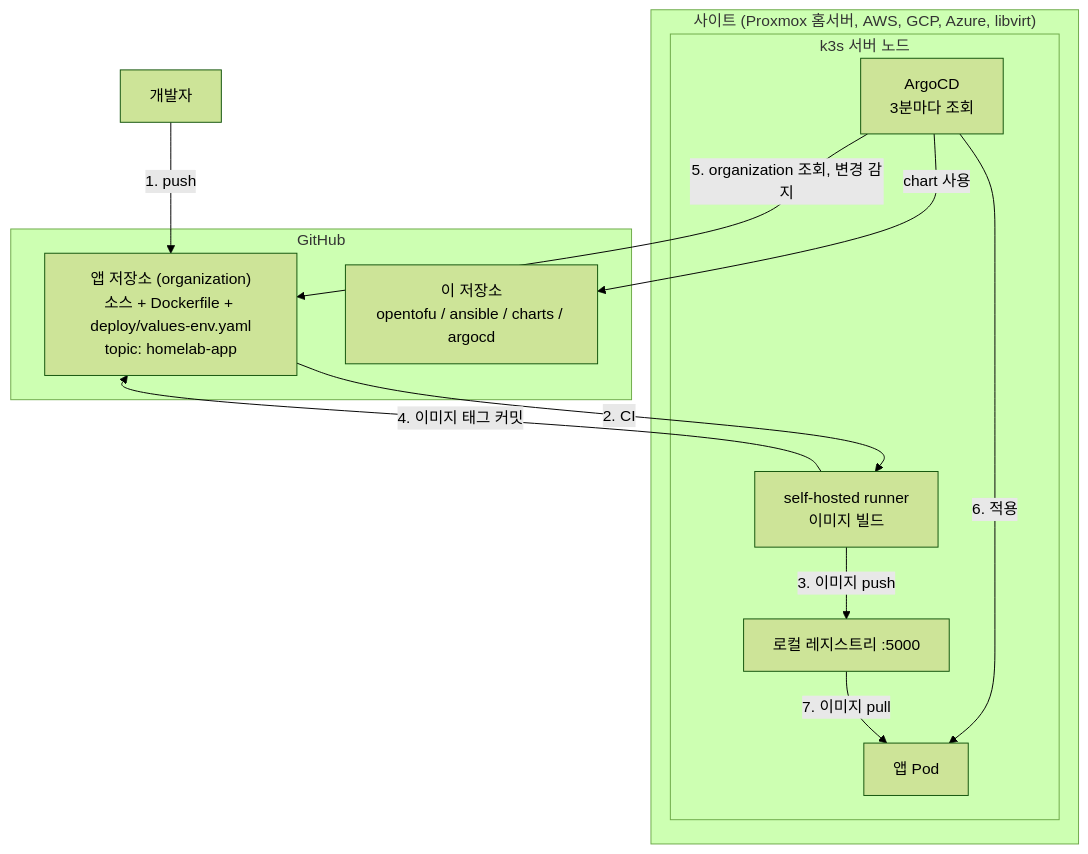
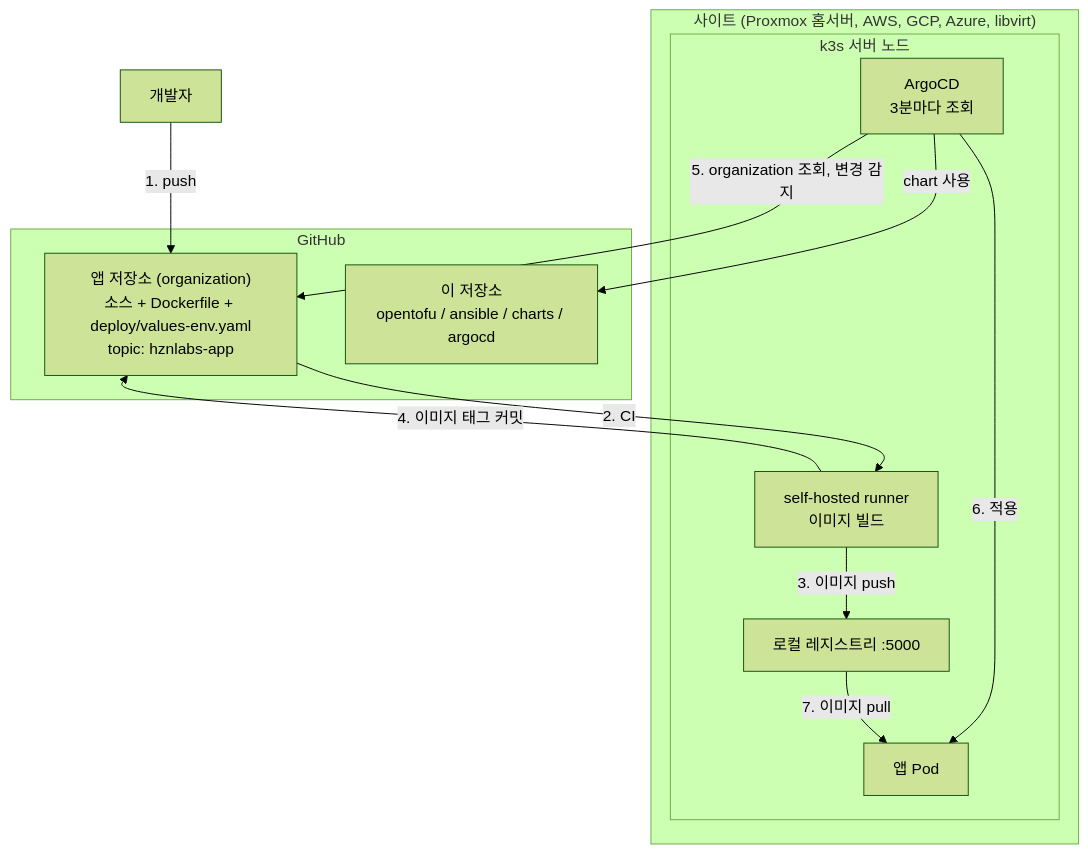
Before and after one commit to gjwnssud/iac-multicloud: the diagram in README.md, drawn with Mermaid (forest theme). The commit also changed other lines of this file and 13 other files, not shown here.

First line of the commit message:
chore: 앱 저장소 topic을 homelab-app에서 hznlabs-app으로 변경, 러너 PAT 권한 표기 수정

````diff
--- a/README.md
+++ b/README.md
@@ -15,24 +15,24 @@
 ```mermaid
 flowchart TB
   dev["개발자"]
   subgraph GH["GitHub"]
-    appRepo["앱 저장소 (organization)<br/>소스 + Dockerfile + deploy/values-env.yaml<br/>topic: homelab-app"]
+    appRepo["앱 저장소 (organization)<br/>소스 + Dockerfile + deploy/values-env.yaml<br/>topic: hznlabs-app"]
     infra["이 저장소<br/>opentofu / ansible / charts / argocd"]
   end
   subgraph SITE["사이트 (Proxmox 홈서버, AWS, GCP, Azure, libvirt)"]
     subgraph NODE["k3s 서버 노드"]
       runner["self-hosted runner<br/>이미지 빌드"]
       registry["로컬 레지스트리 :5000"]
       argocd["ArgoCD<br/>3분마다 조회"]
       pods["앱 Pod"]
     end
   end
   dev -->|"1. push"| appRepo
   appRepo -->|"2. CI"| runner
   runner -->|"3. 이미지 push"| registry
   runner -->|"4. 이미지 태그 커밋"| appRepo
   argocd -->|"5. organization 조회, 변경 감지"| appRepo
   argocd -->|"chart 사용"| infra
   argocd -->|"6. 적용"| pods
   registry -->|"7. 이미지 pull"| pods
 ```
````
